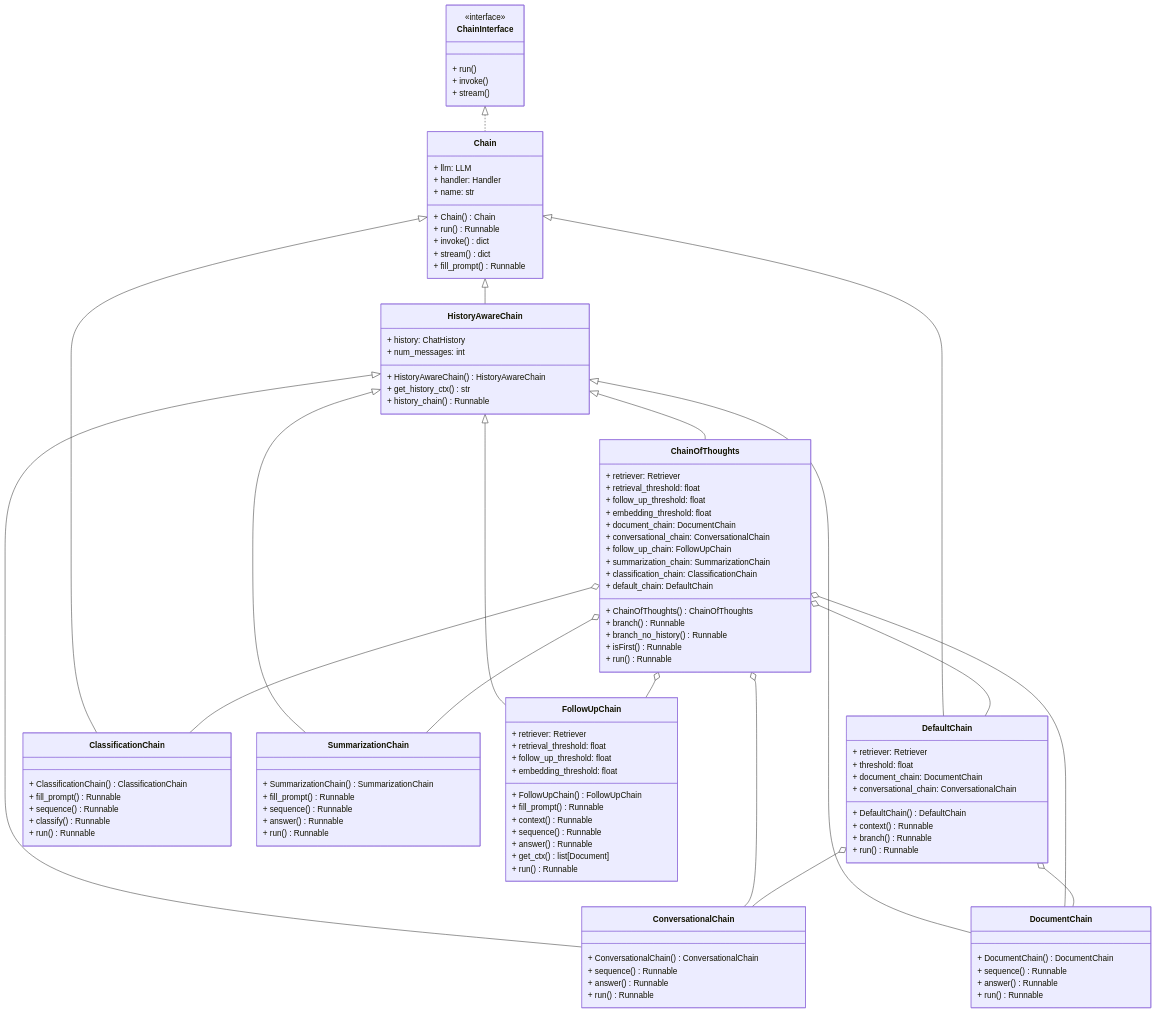
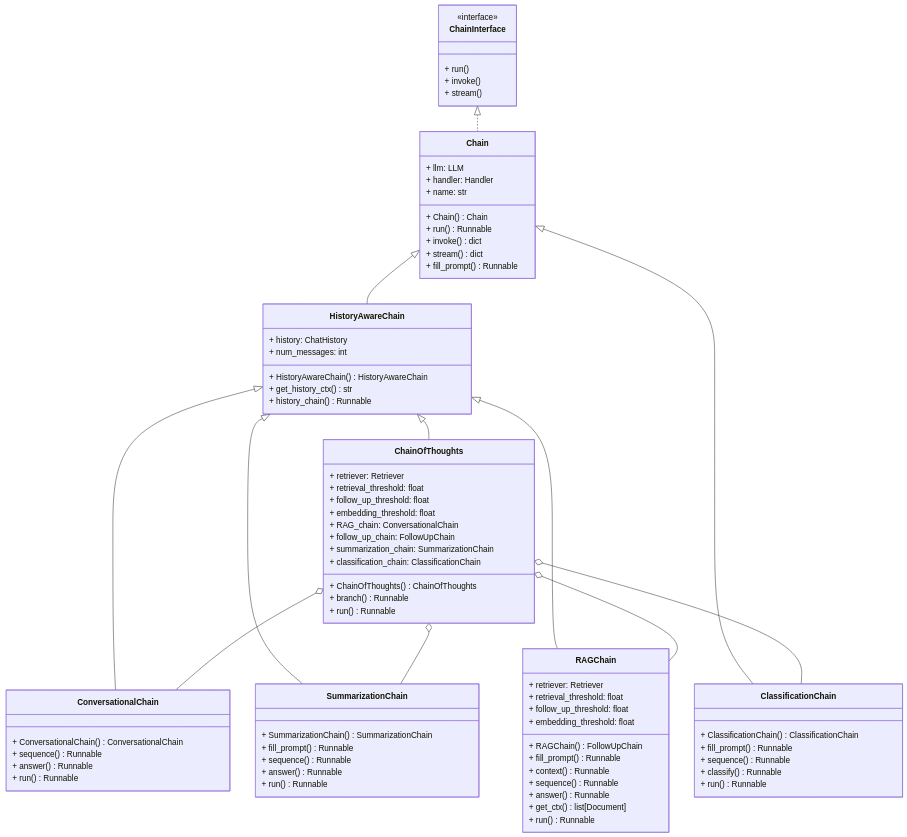
Before and after one commit to GiuseppeBellamacina/OmniBot: the diagram in chains.md, drawn with Mermaid. The commit also changed 15 other files, not shown here.

Commit message:
Chain Refactioring and Retriever Improving

````diff
--- a/chains.md
+++ b/chains.md
@@ -36,25 +36,6 @@
         + run() Runnable
     }
 
-    class DocumentChain {
-        + DocumentChain() DocumentChain
-        + sequence() Runnable
-        + answer() Runnable
-        + run() Runnable
-    }
-
-    class DefaultChain {
-        + retriever: Retriever
-        + threshold: float
-        + document_chain: DocumentChain
-        + conversational_chain: ConversationalChain
-
-        + DefaultChain() DefaultChain
-        + context() Runnable
-        + branch() Runnable
-        + run() Runnable
-    }
-
     class ClassificationChain {
         + ClassificationChain() ClassificationChain
         + fill_prompt() Runnable
@@ -71,13 +52,13 @@
         + run() Runnable
     }
 
-    class FollowUpChain {
+    class RAGChain {
         + retriever: Retriever
         + retrieval_threshold: float
         + follow_up_threshold: float
         + embedding_threshold: float
 
-        + FollowUpChain() FollowUpChain
+        + RAGChain() FollowUpChain
         + fill_prompt() Runnable
         + context() Runnable
         + sequence() Runnable
@@ -91,37 +72,26 @@
         + retrieval_threshold: float
         + follow_up_threshold: float
         + embedding_threshold: float
-        + document_chain: DocumentChain
-        + conversational_chain: ConversationalChain
+        + RAG_chain: ConversationalChain
         + follow_up_chain: FollowUpChain
         + summarization_chain: SummarizationChain
         + classification_chain: ClassificationChain
-        + default_chain: DefaultChain
 
         + ChainOfThoughts() ChainOfThoughts
         + branch() Runnable
-        + branch_no_history() Runnable
-        + isFirst() Runnable
         + run() Runnable
     }
 
     ChainInterface <|.. Chain
     Chain <|-- HistoryAwareChain
     HistoryAwareChain <|-- ConversationalChain
-    HistoryAwareChain <|-- DocumentChain
-    Chain <|-- DefaultChain
     Chain <|-- ClassificationChain
     HistoryAwareChain <|-- SummarizationChain
-    HistoryAwareChain <|-- FollowUpChain
+    HistoryAwareChain <|-- RAGChain
     HistoryAwareChain <|-- ChainOfThoughts
 
     ChainOfThoughts o-- ConversationalChain
-    ChainOfThoughts o-- DocumentChain
-    ChainOfThoughts o-- FollowUpChain
+    ChainOfThoughts o-- RAGChain
     ChainOfThoughts o-- SummarizationChain
     ChainOfThoughts o-- ClassificationChain
-    ChainOfThoughts o-- DefaultChain
-
-    DefaultChain o-- ConversationalChain
-    DefaultChain o-- DocumentChain
 ```
````
